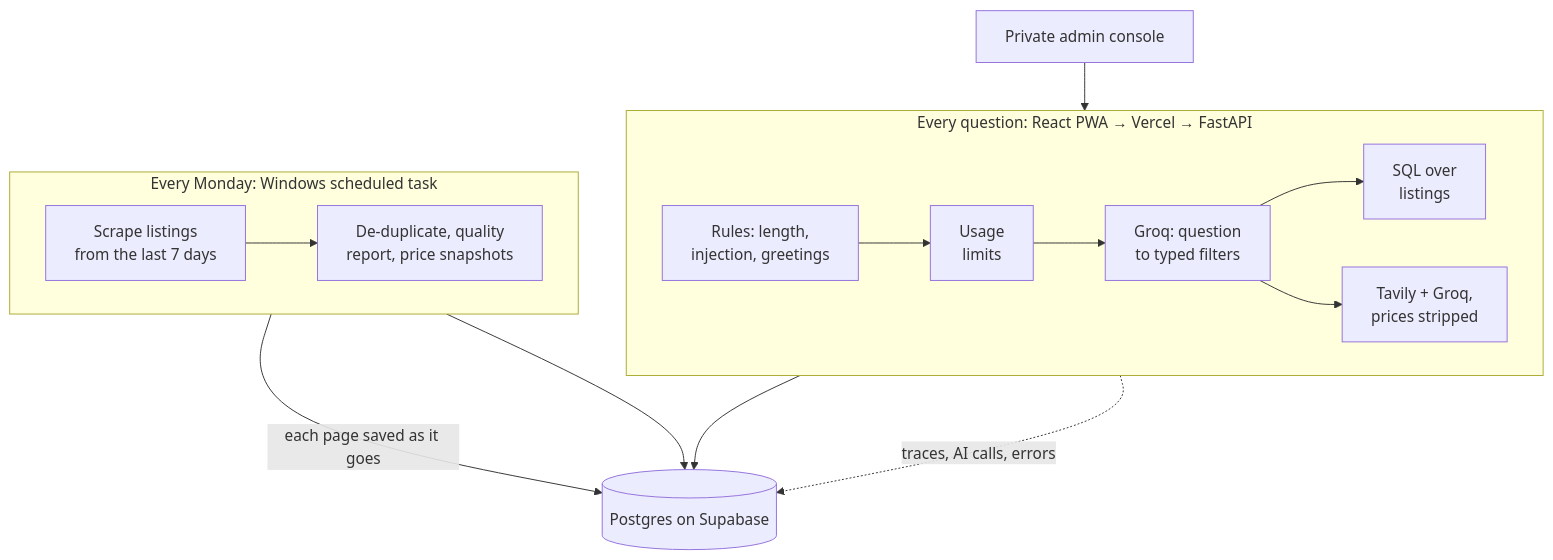
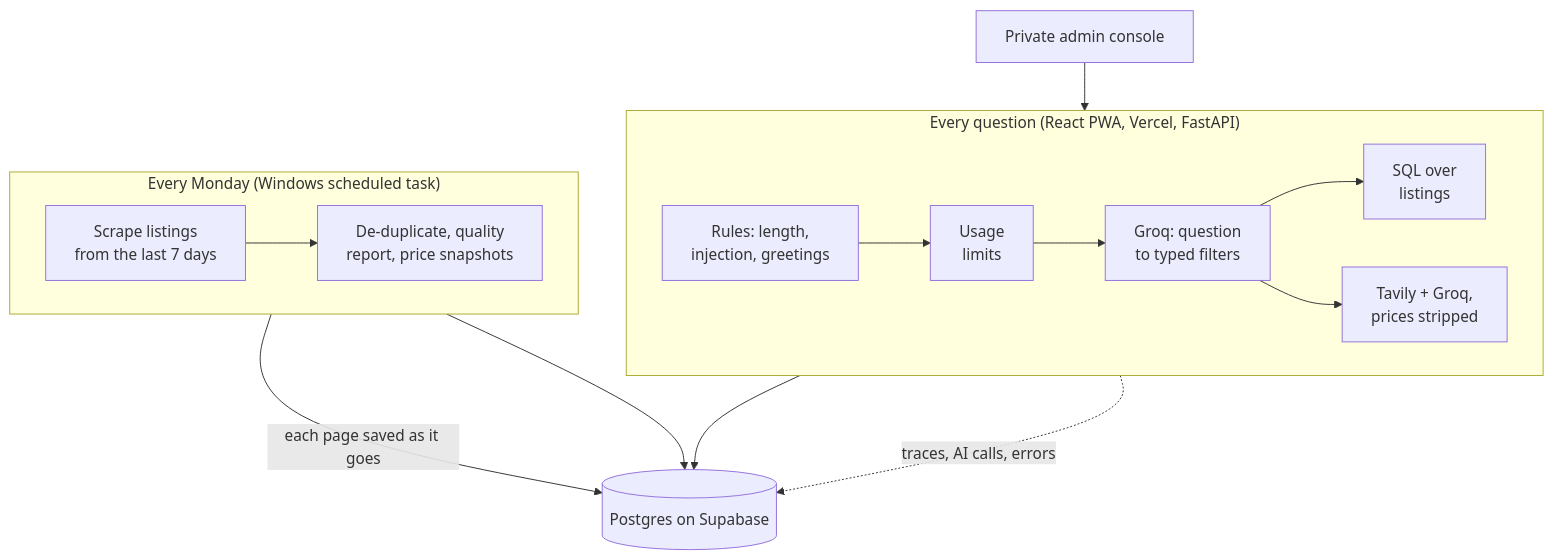
Before and after one commit to Jaywestty/Lagos-Rent-Predictor: the diagram in README.md, drawn with Mermaid.

Commit message:
docs: quote diagram labels so GitHub renders them

````diff
--- a/README.md
+++ b/README.md
@@ -97,19 +97,19 @@
 ```mermaid
 flowchart TB
-    subgraph Q [Every question: React PWA → Vercel → FastAPI]
+    subgraph Q ["Every question (React PWA, Vercel, FastAPI)"]
         direction LR
-        Guards[Rules: length,<br/>injection, greetings] --> Limits[Usage<br/>limits] --> LLM[Groq: question<br/>to typed filters]
-        LLM --> SQL[SQL over<br/>listings]
-        LLM --> Advice[Tavily + Groq,<br/>prices stripped]
+        Guards["Rules: length,<br/>injection, greetings"] --> Limits["Usage<br/>limits"] --> LLM["Groq: question<br/>to typed filters"]
+        LLM --> SQL["SQL over<br/>listings"]
+        LLM --> Advice["Tavily + Groq,<br/>prices stripped"]
     end
-    subgraph W [Every Monday: Windows scheduled task]
+    subgraph W ["Every Monday (Windows scheduled task)"]
         direction LR
-        Scraper[Scrape listings<br/>from the last 7 days] --> Final[De-duplicate, quality<br/>report, price snapshots]
+        Scraper["Scrape listings<br/>from the last 7 days"] --> Final["De-duplicate, quality<br/>report, price snapshots"]
     end
-    DB[(Postgres on Supabase)]
+    DB[("Postgres on Supabase")]
     SQL --> DB
-    Scraper -->|each page saved as it goes| DB
+    Scraper -->|"each page saved as it goes"| DB
     Final --> DB
-    Q -.->|traces, AI calls, errors| DB
-    Admin[Private admin console] --> Q
+    Q -.->|"traces, AI calls, errors"| DB
+    Admin["Private admin console"] --> Q
 ```
````
